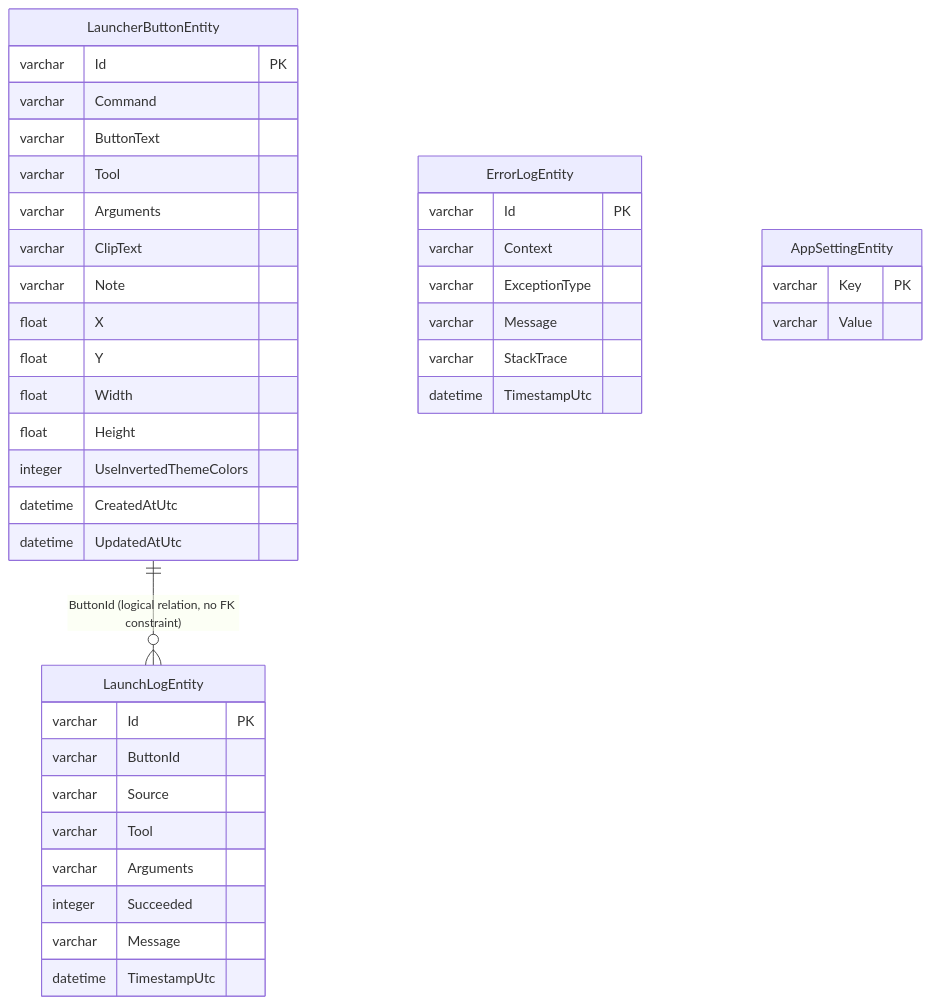
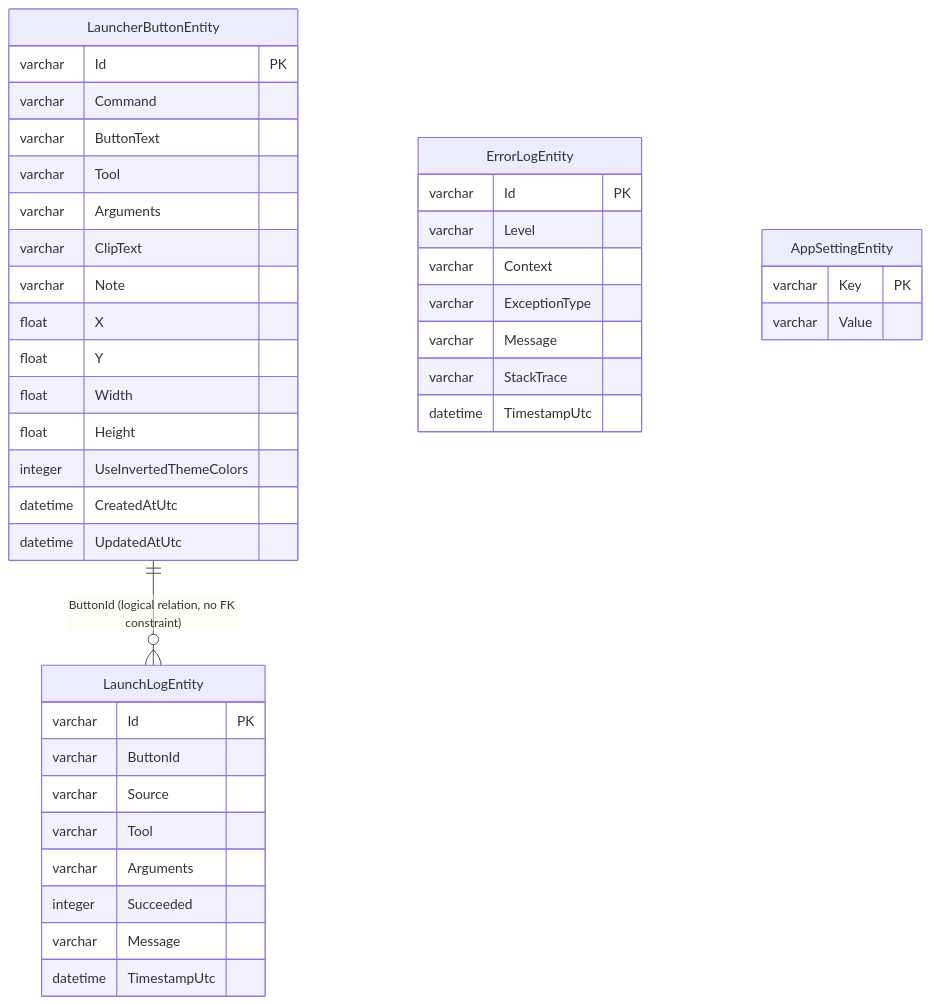
The diagram in docs/DATABASE_SCHEMA.md (Widthdom/Praxis), drawn with Mermaid before and after one commit. The commit also changed other lines of this file and 1 other file, not shown here.

First line of the commit message:
Update docs and test to reflect Level column and schema v4

````diff
--- a/docs/DATABASE_SCHEMA.md
+++ b/docs/DATABASE_SCHEMA.md
@@ -44,46 +46,47 @@
 ```mermaid
 erDiagram
     LauncherButtonEntity {
         varchar Id PK
         varchar Command
         varchar ButtonText
         varchar Tool
         varchar Arguments
         varchar ClipText
         varchar Note
         float X
         float Y
         float Width
         float Height
         integer UseInvertedThemeColors
         datetime CreatedAtUtc
         datetime UpdatedAtUtc
     }
 
     LaunchLogEntity {
         varchar Id PK
         varchar ButtonId
         varchar Source
         varchar Tool
         varchar Arguments
         integer Succeeded
         varchar Message
         datetime TimestampUtc
     }
 
     ErrorLogEntity {
         varchar Id PK
+        varchar Level
         varchar Context
         varchar ExceptionType
         varchar Message
         varchar StackTrace
         datetime TimestampUtc
     }
 
     AppSettingEntity {
         varchar Key PK
         varchar Value
     }
 
     LauncherButtonEntity ||--o{ LaunchLogEntity : "ButtonId (logical relation, no FK constraint)"
 ```
````
